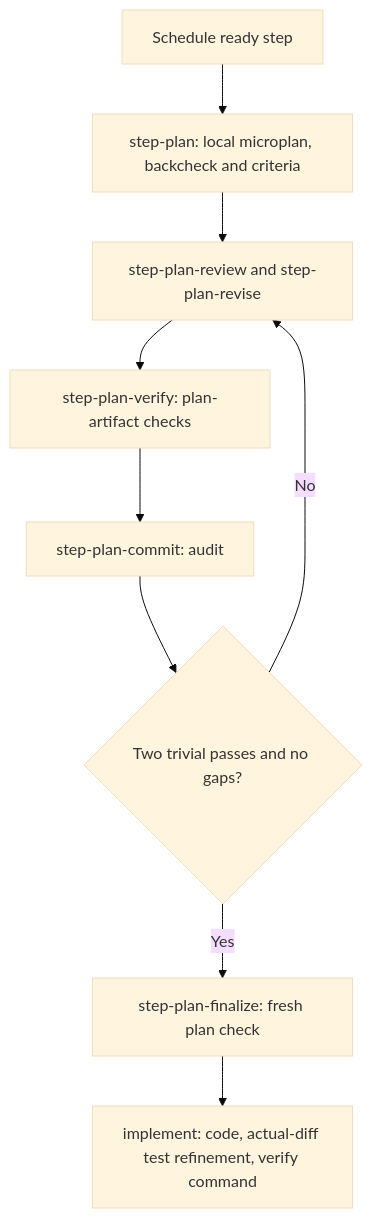
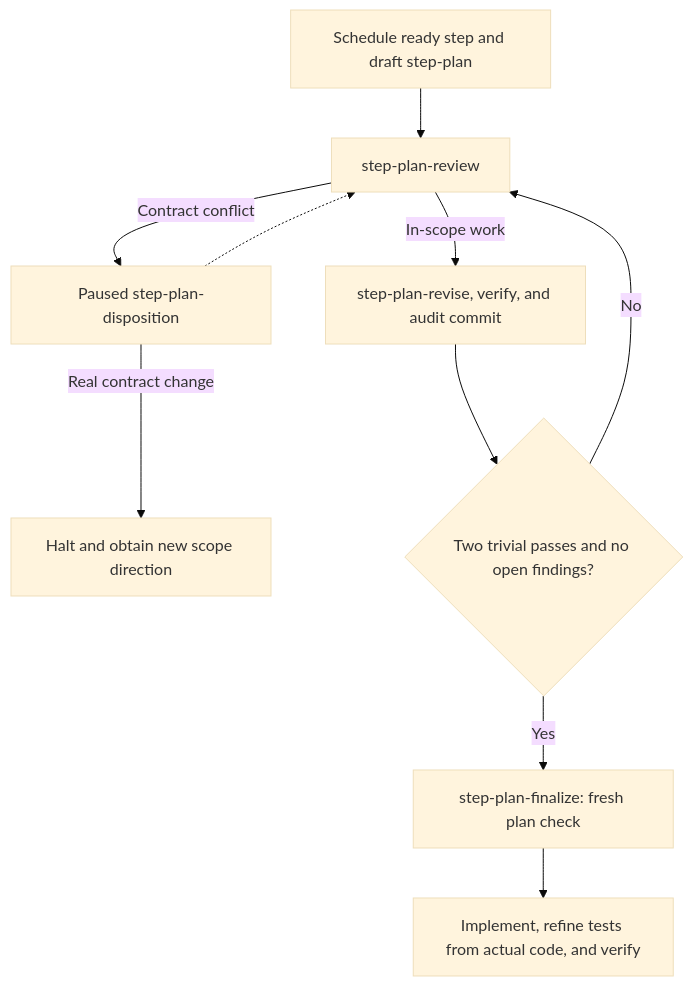
Before and after one commit to whichguy/skill-craft: the fourth of 15 diagrams in skills/shiploop/README.md, drawn with Mermaid (base theme). The commit also changed other lines of this file and 7 other files, not shown here.

````diff
--- a/skills/shiploop/README.md
+++ b/skills/shiploop/README.md
@@ -387,11 +542,12 @@
 ```mermaid
 flowchart TD
-    S[Schedule ready step] --> D[step-plan: local microplan, backcheck and criteria]
-    D --> R[step-plan-review and step-plan-revise]
-    R --> V[step-plan-verify: plan-artifact checks]
-    V --> C[step-plan-commit: audit]
-    C --> G{Two trivial passes and no gaps?}
+    D["Schedule ready step and draft step-plan"] --> R["step-plan-review"]
+    R -->|In-scope work| A["step-plan-revise, verify, and audit commit"]
+    R -->|Contract conflict| X["Paused step-plan-disposition"]
+    X -.-> R
+    X -->|Real contract change| H["Halt and obtain new scope direction"]
+    A --> G{"Two trivial passes and no open findings?"}
     G -->|No| R
-    G -->|Yes| F[step-plan-finalize: fresh plan check]
-    F --> I[implement: code, actual-diff test refinement, verify command]
+    G -->|Yes| F["step-plan-finalize: fresh plan check"]
+    F --> I["Implement, refine tests from actual code, and verify"]
 ```
````
